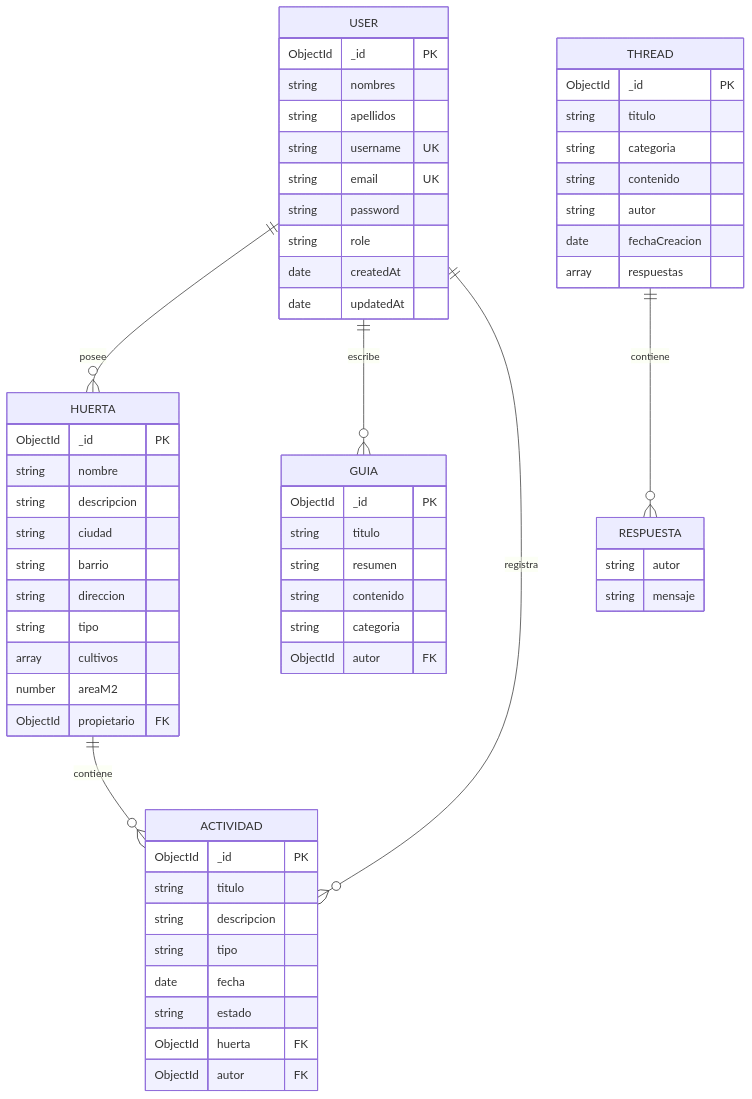
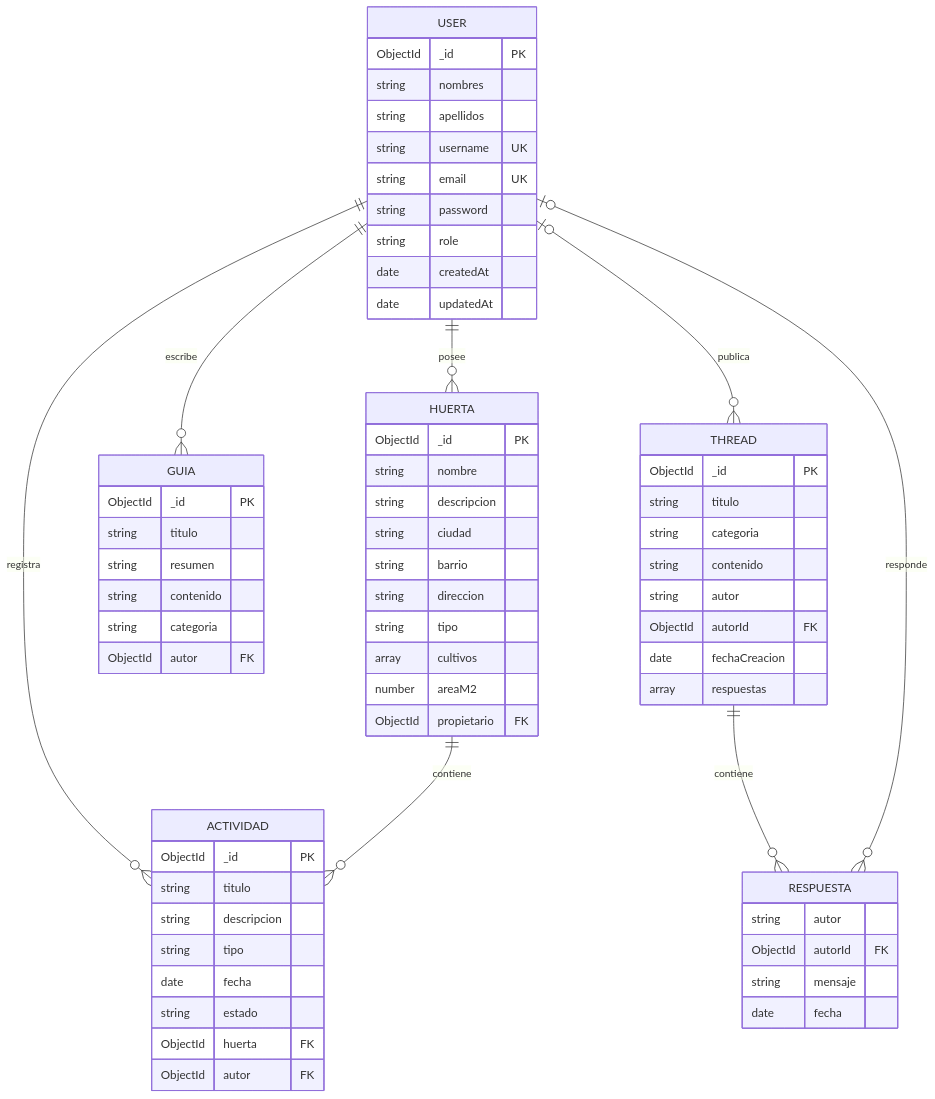
The diagram in docs/modelo-general.md (Andres8760/Plataforma-de-Huertas-Urbanas.github.io), drawn with Mermaid before and after one commit. The commit also changed 1 other file, not shown here.

Commit message:
docs: ajustar modelo del foro y ejemplos de API

````diff
--- a/docs/modelo-general.md
+++ b/docs/modelo-general.md
@@ -5,68 +5,73 @@
 ```mermaid
 erDiagram
     USER ||--o{ HUERTA : posee
     USER ||--o{ GUIA : escribe
     USER ||--o{ ACTIVIDAD : registra
     HUERTA ||--o{ ACTIVIDAD : contiene
     THREAD ||--o{ RESPUESTA : contiene
+    USER o|--o{ THREAD : publica
+    USER o|--o{ RESPUESTA : responde
 
     USER {
         ObjectId _id PK
         string nombres
         string apellidos
         string username UK
         string email UK
         string password
         string role
         date createdAt
         date updatedAt
     }
 
     HUERTA {
         ObjectId _id PK
         string nombre
         string descripcion
         string ciudad
         string barrio
         string direccion
         string tipo
         array cultivos
         number areaM2
         ObjectId propietario FK
     }
 
     GUIA {
         ObjectId _id PK
         string titulo
         string resumen
         string contenido
         string categoria
         ObjectId autor FK
     }
 
     ACTIVIDAD {
         ObjectId _id PK
         string titulo
         string descripcion
         string tipo
         date fecha
         string estado
         ObjectId huerta FK
         ObjectId autor FK
     }
 
     THREAD {
         ObjectId _id PK
         string titulo
         string categoria
         string contenido
         string autor
+        ObjectId autorId FK
         date fechaCreacion
         array respuestas
     }
 
     RESPUESTA {
         string autor
+        ObjectId autorId FK
         string mensaje
+        date fecha
     }
 ```
````
